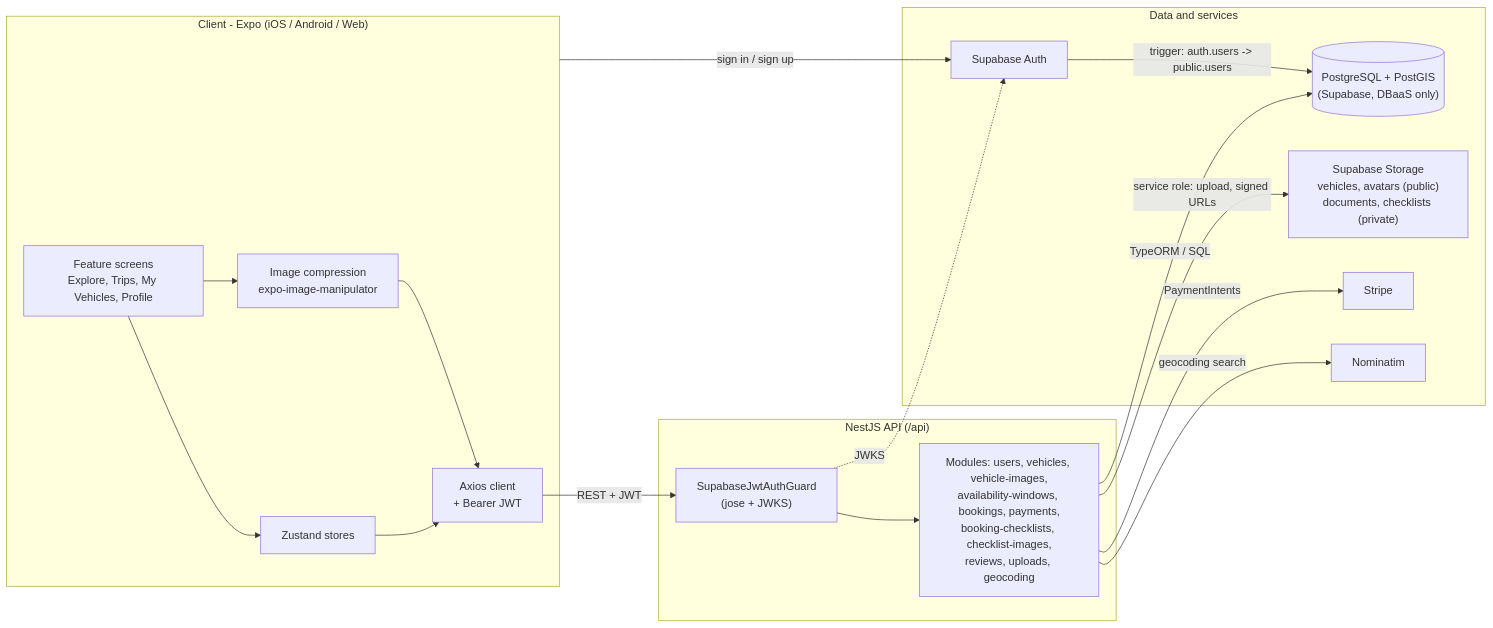
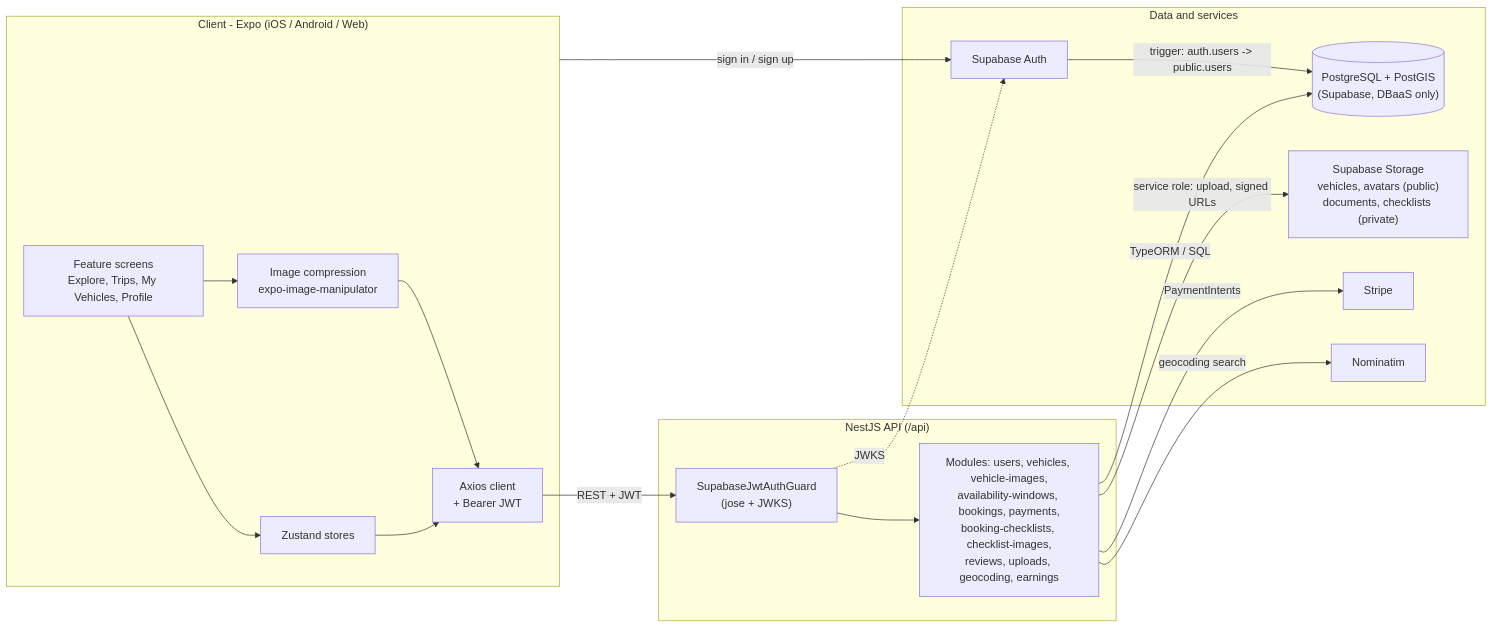
The first of 3 diagrams in README.md (aadl6-ua/lynkdrive), drawn with Mermaid before and after one commit. The commit also changed other lines of this file and 2 other files, not shown here.

````diff
--- a/README.md
+++ b/README.md
@@ -115,34 +116,34 @@
 ```mermaid
 flowchart LR
     subgraph Client["Client - Expo (iOS / Android / Web)"]
         UI["Feature screens<br/>Explore, Trips, My Vehicles, Profile"]
         Store["Zustand stores"]
         HTTP["Axios client<br/>+ Bearer JWT"]
         Compress["Image compression<br/>expo-image-manipulator"]
         UI --> Store --> HTTP
         UI --> Compress --> HTTP
     end
 
     subgraph API["NestJS API (/api)"]
         Guard["SupabaseJwtAuthGuard<br/>(jose + JWKS)"]
-        Modules["Modules: users, vehicles, vehicle-images,<br/>availability-windows, bookings, payments,<br/>booking-checklists, checklist-images,<br/>reviews, uploads, geocoding"]
+        Modules["Modules: users, vehicles, vehicle-images,<br/>availability-windows, bookings, payments,<br/>booking-checklists, checklist-images,<br/>reviews, uploads, geocoding, earnings"]
         Guard --> Modules
     end
 
     subgraph Data["Data and services"]
         PG[("PostgreSQL + PostGIS<br/>(Supabase, DBaaS only)")]
         SAuth["Supabase Auth"]
         SStorage["Supabase Storage<br/>vehicles, avatars (public)<br/>documents, checklists (private)"]
         Stripe["Stripe"]
         Nominatim["Nominatim"]
     end
 
     Client -- "sign in / sign up" --> SAuth
     HTTP -- "REST + JWT" --> Guard
     Modules -- "TypeORM / SQL" --> PG
     Modules -- "service role: upload, signed URLs" --> SStorage
     Modules -- "PaymentIntents" --> Stripe
     Modules -- "geocoding search" --> Nominatim
     Guard -. "JWKS" .-> SAuth
     SAuth -- "trigger: auth.users -> public.users" --> PG
 ```
````
